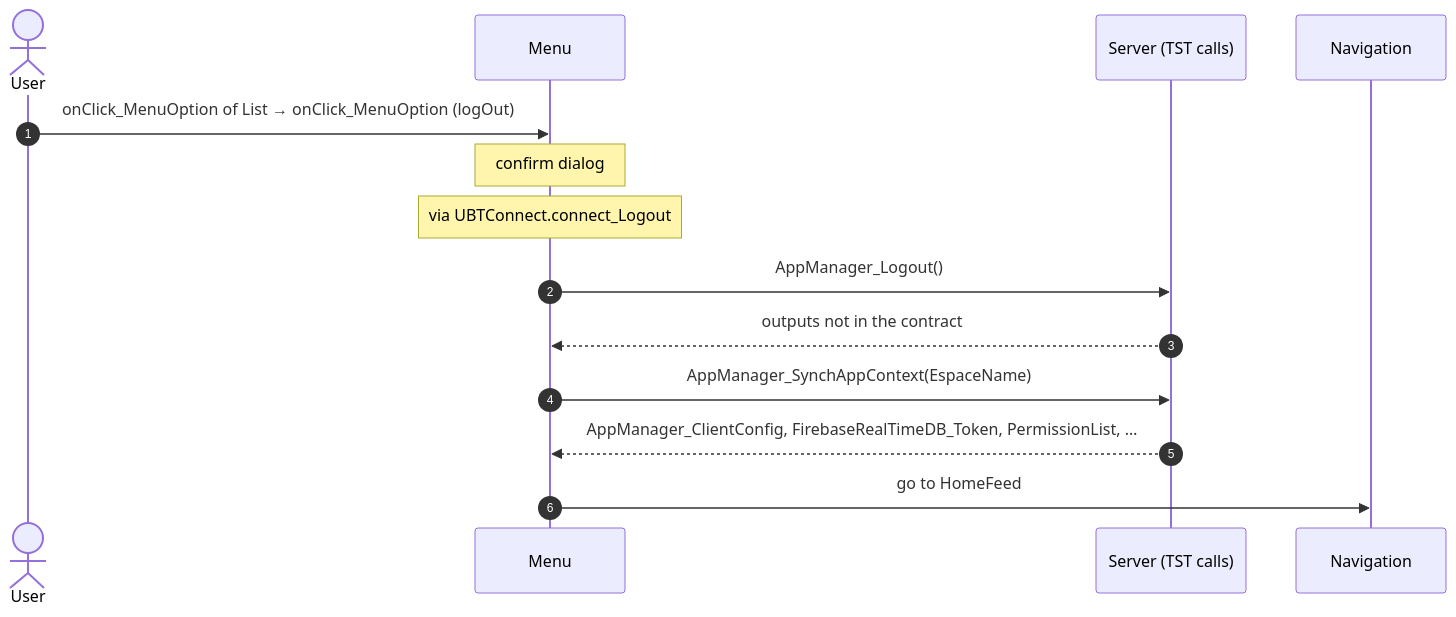
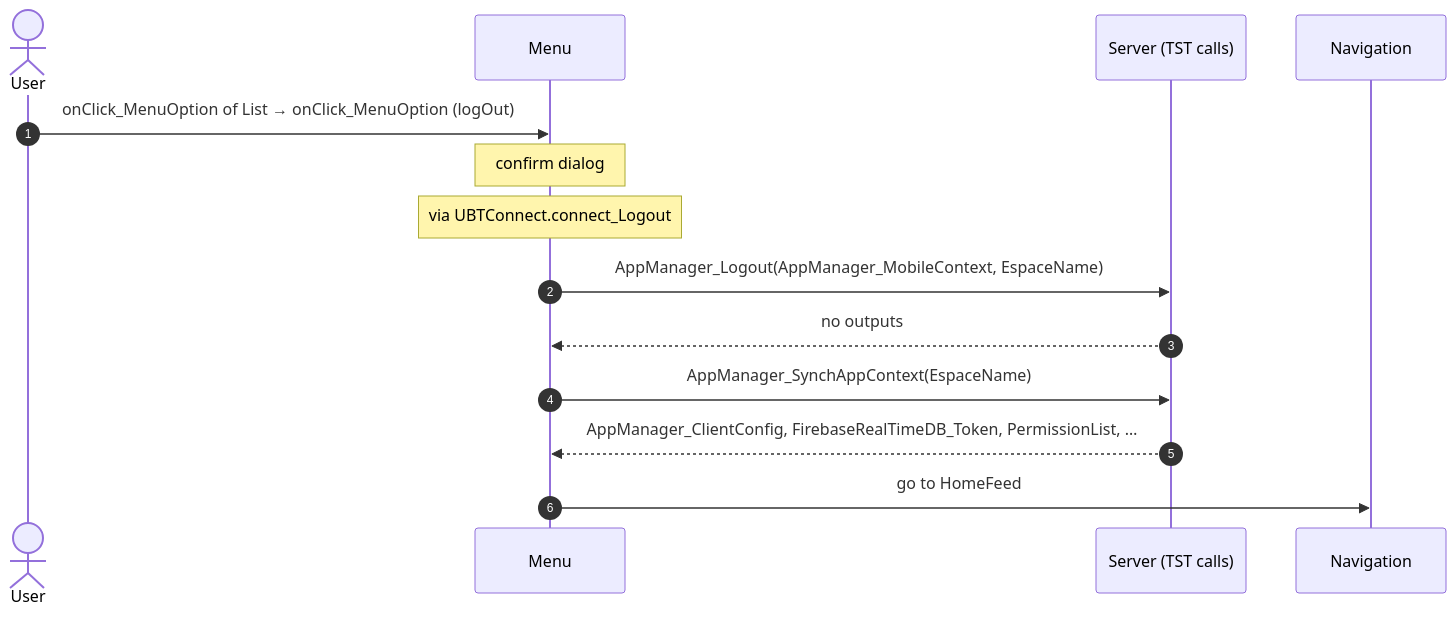
Before and after one commit to Phoenix-DX/connect-new-ui: the first of 5 diagrams in route-actions/routes/Menu.md, drawn with Mermaid. The commit also changed other lines of this file and 66 other files, not shown here.

````diff
--- a/route-actions/routes/Menu.md
+++ b/route-actions/routes/Menu.md
@@ -84,16 +84,16 @@
 ```mermaid
 sequenceDiagram
   autonumber
   actor U as User
   participant B as Menu
   participant S as Server (TST calls)
   participant N as Navigation
   U->>B: onClick_MenuOption of List → onClick_MenuOption (logOut)
   Note over B: confirm dialog
   Note over B: via UBTConnect.connect_Logout
-  B->>S: AppManager_Logout()
-  S-->>B: outputs not in the contract
+  B->>S: AppManager_Logout(AppManager_MobileContext, EspaceName)
+  S-->>B: no outputs
   B->>S: AppManager_SynchAppContext(EspaceName)
   S-->>B: AppManager_ClientConfig, FirebaseRealTimeDB_Token, PermissionList, …
   B->>N: go to HomeFeed
 ```
````
